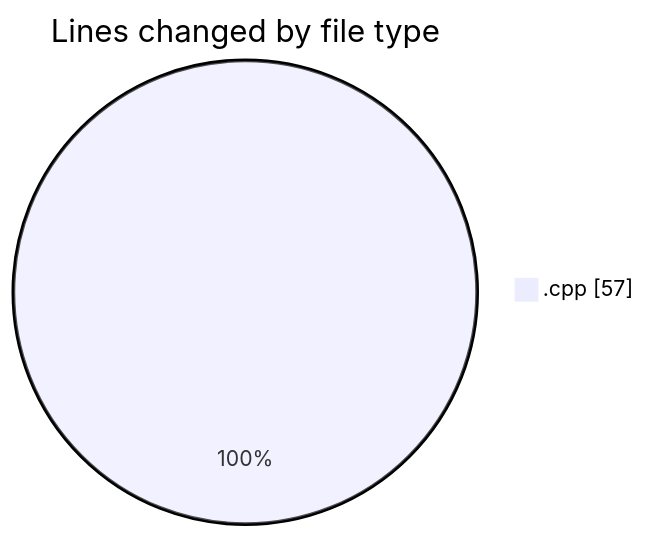
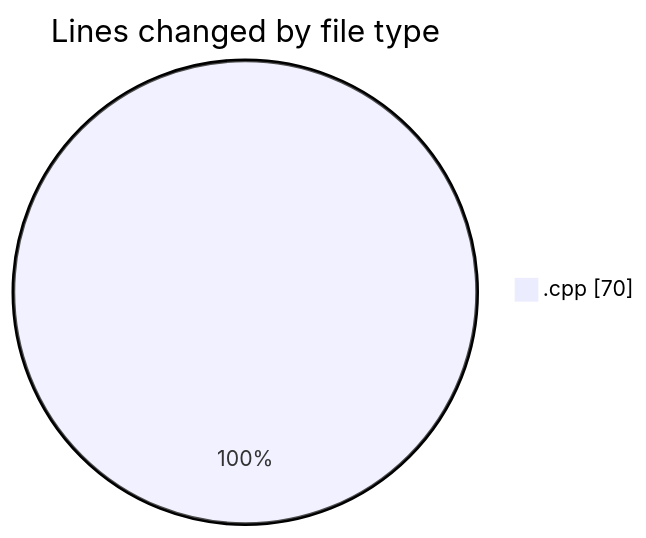
One commit to Netris89/code-tracking changed the first of 2 diagrams in 2025-03-27/echo/README.md. Above: the diagram before and after it, drawn with Mermaid. The commit also changed other lines of this file and 1 other file, not shown here.

````diff
--- a/2025-03-27/echo/README.md
+++ b/2025-03-27/echo/README.md
@@ -20,5 +20,5 @@
 ```mermaid
 pie showData
 title Lines changed by file type
-".cpp" : 57
+".cpp" : 70
 ```
````
